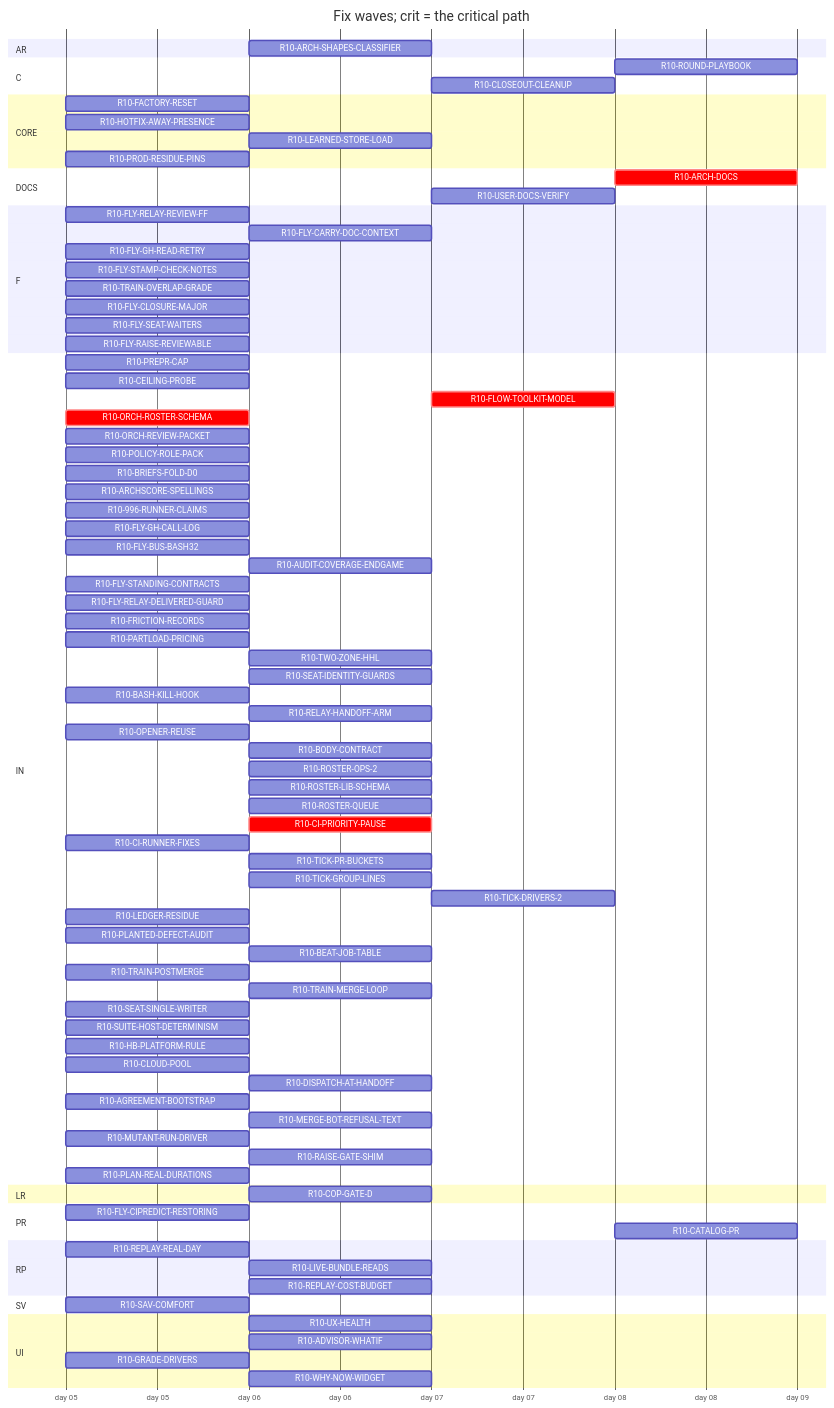
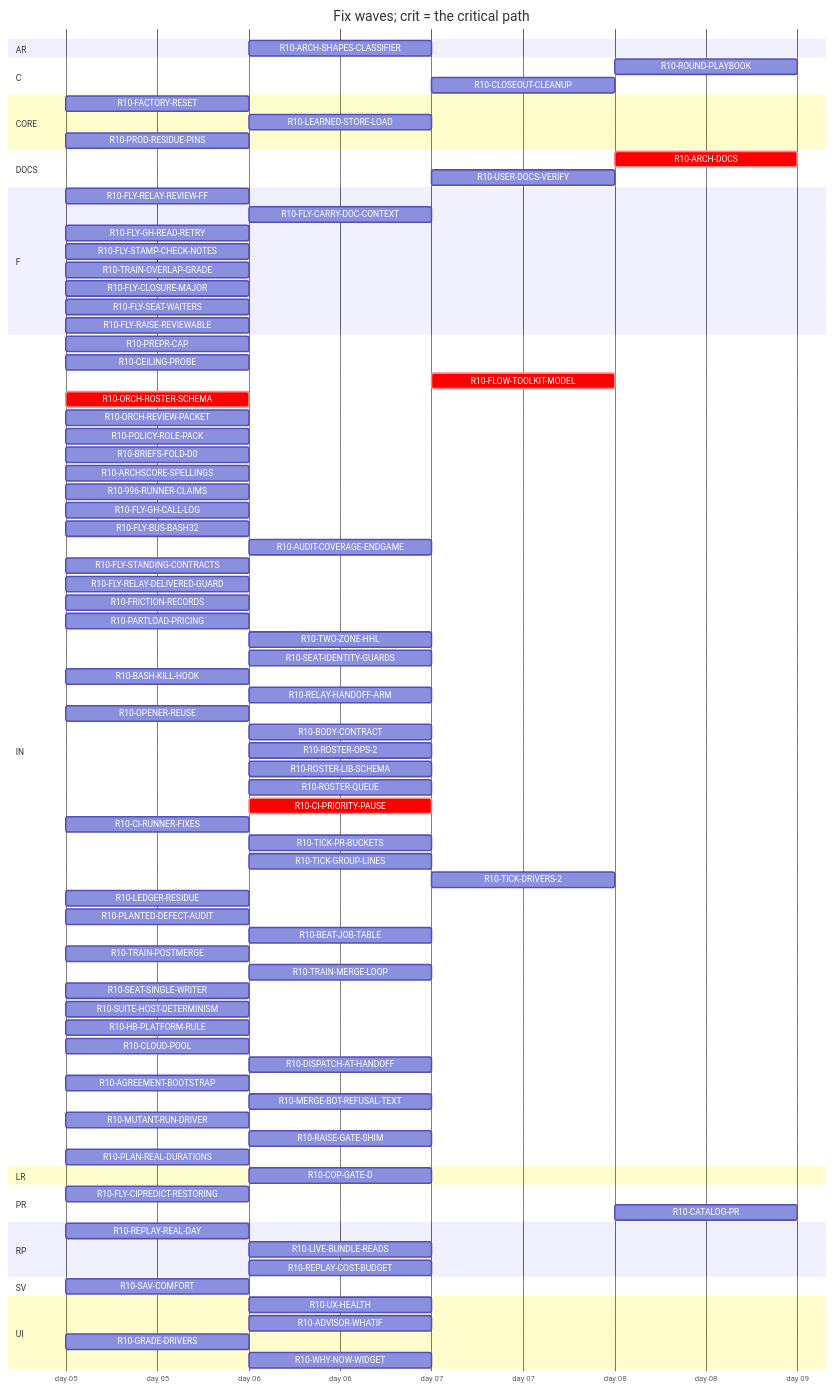
One commit to tvofi/heatpump_optimizer changed the diagram in handoff/round10/state/PLAN-TABLE.md. Above: the diagram before and after it, drawn with Mermaid. The commit also changed other lines of this file and 4 other files, not shown here.

Commit message:
state: FLOW-BOARD.md, NEXT-SESSION-PROMPT.md, PLAN-TABLE.md, PLAN.html, RESUME-CURRENT.md regenerated (state_docs.py)

```diff
--- a/handoff/round10/state/PLAN-TABLE.md
+++ b/handoff/round10/state/PLAN-TABLE.md
@@ -33,12 +33,11 @@
     R10-CLOSEOUT-CLEANUP :r10CLOSEOUTCLEANUP, after r10AUDITCOVERAGEENDGAME, 1d
   section CORE
     R10-FACTORY-RESET :r10FACTORYRESET, 2026-01-05, 1d
-    R10-HOTFIX-AWAY-PRESENCE :r10HOTFIXAWAYPRESENCE, 2026-01-05, 1d
     R10-LEARNED-STORE-LOAD :r10LEARNEDSTORELOAD, after r10FACTORYRESET, 1d
     R10-PROD-RESIDUE-PINS :r10PRODRESIDUEPINS, 2026-01-05, 1d
   section DOCS
     R10-ARCH-DOCS :crit, r10ARCHDOCS, after r10UXHEALTH r10SAVCOMFORT r10CEILINGPROBE r10FLYRELAYREVIEWFF r10FLYCARRYDOCCONTEXT r10FLOWTOOLKITMODEL r10FLYSTAMPCHECKNOTES r10TRAINOVERLAPGRADE r10ORCHROSTERSCHEMA r10ORCHREVIEWPACKET r10POLICYROLEPACK r10BRIEFSFOLDD0 r10REPLAYREALDAY r10ARCHSCORESPELLINGS r10FRICTIONRECORDS r10COPGATED r10GRADEDRIVERS r10PARTLOADPRICING r10TWOZONEHHL r10SEATIDENTITYGUARDS r10BASHKILLHOOK r10RELAYHANDOFFARM r10OPENERREUSE r10BODYCONTRACT r10ROSTEROPS2 r10ROSTERLIBSCHEMA r10ROSTERQUEUE r10CIPRIORITYPAUSE r10CIRUNNERFIXES r10TICKPRBUCKETS r10TICKGROUPLINES r10TICKDRIVERS2 r10LEDGERRESIDUE r10PLANTEDDEFECTAUDIT r10BEATJOBTABLE r10TRAINPOSTMERGE r10TRAINMERGELOOP r10SEATSINGLEWRITER r10SUITEHOSTDETERMINISM r10HBPLATFORMRULE r10CLOUDPOOL r10DISPATCHATHANDOFF r10AGREEMENTBOOTSTRAP r10MERGEBOTREFUSALTEXT r10MUTANTRUNDRIVER r10RAISEGATESHIM r10LIVEBUNDLEREADS r10REPLAYCOSTBUDGET, 1d
-    R10-USER-DOCS-VERIFY :r10USERDOCSVERIFY, after r10UXHEALTH r10SAVCOMFORT r10CEILINGPROBE r10FACTORYRESET r10ARCHSHAPESCLASSIFIER r10HOTFIXAWAYPRESENCE r10FRICTIONRECORDS r10COPGATED r10GRADEDRIVERS r10PARTLOADPRICING r10TWOZONEHHL r10LIVEBUNDLEREADS r10WHYNOWWIDGET r10ADVISORWHATIF r10LEARNEDSTORELOAD, 1d
+    R10-USER-DOCS-VERIFY :r10USERDOCSVERIFY, after r10UXHEALTH r10SAVCOMFORT r10CEILINGPROBE r10FACTORYRESET r10ARCHSHAPESCLASSIFIER r10FRICTIONRECORDS r10COPGATED r10GRADEDRIVERS r10PARTLOADPRICING r10TWOZONEHHL r10LIVEBUNDLEREADS r10WHYNOWWIDGET r10ADVISORWHATIF r10LEARNEDSTORELOAD, 1d
   section F
     R10-FLY-RELAY-REVIEW-FF :r10FLYRELAYREVIEWFF, 2026-01-05, 1d
     R10-FLY-CARRY-DOC-CONTEXT :r10FLYCARRYDOCCONTEXT, after r10FLYGHREADRETRY, 1d
```
